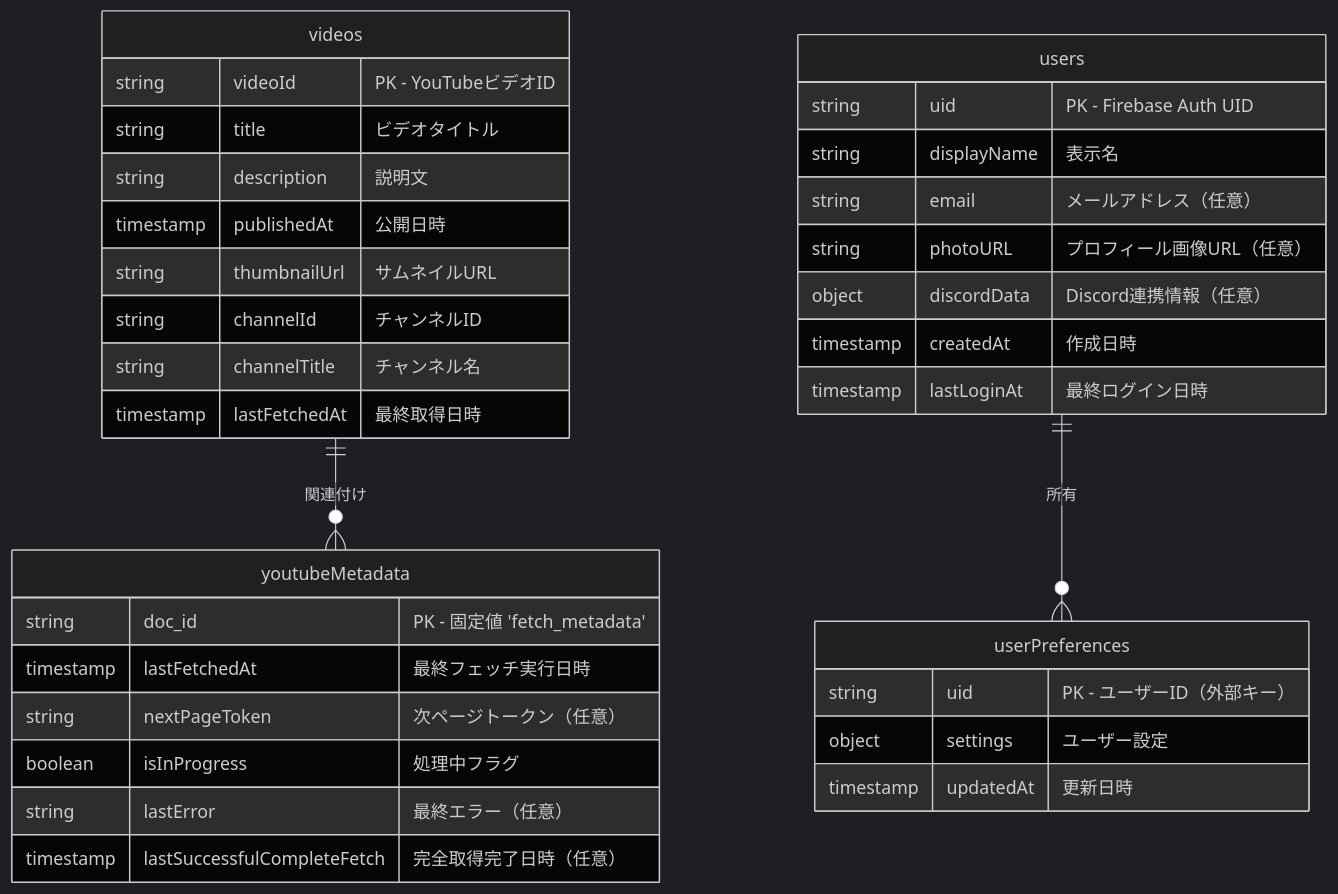
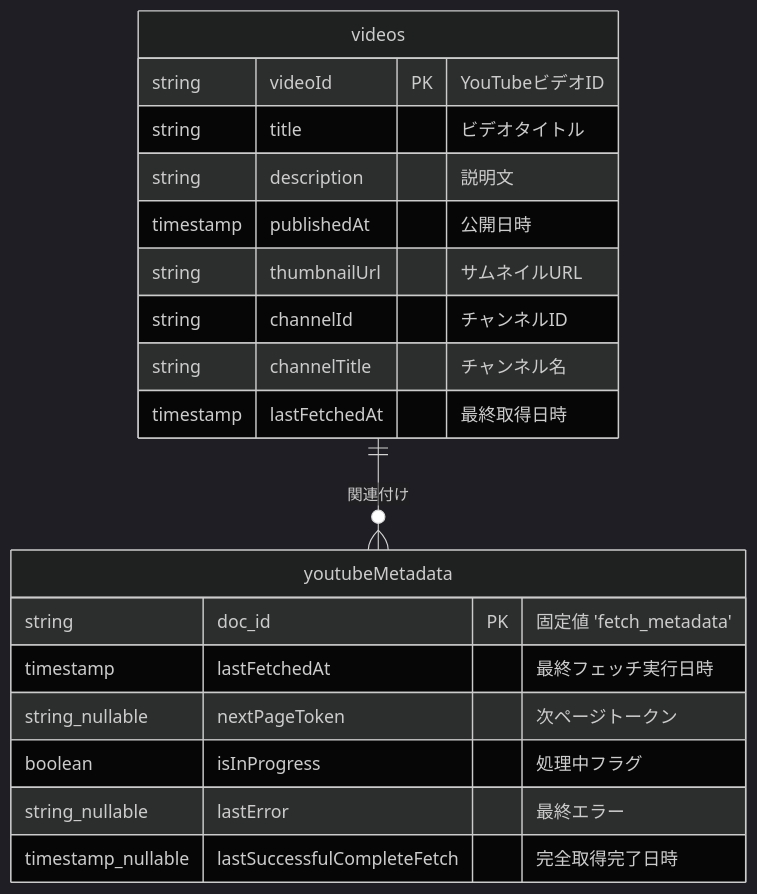
One commit to nothink-jp/suzumina.click changed the diagram in docs/SCHEMA.md. Above: the diagram before and after it, drawn with Mermaid (dark theme). The commit also changed other lines of this file and 5 other files, not shown here.

````diff
--- a/docs/SCHEMA.md
+++ b/docs/SCHEMA.md
@@ -19,41 +20,27 @@
 ```mermaid
 erDiagram
     videos ||--o{ youtubeMetadata : "関連付け"
-    users ||--o{ userPreferences : "所有"
-    
+
     videos {
-        string videoId "PK - YouTubeビデオID"
+        string videoId PK "YouTubeビデオID"
         string title "ビデオタイトル"
         string description "説明文"
         timestamp publishedAt "公開日時"
         string thumbnailUrl "サムネイルURL"
         string channelId "チャンネルID"
         string channelTitle "チャンネル名"
         timestamp lastFetchedAt "最終取得日時"
     }
-    
+
     youtubeMetadata {
-        string doc_id "PK - 固定値 'fetch_metadata'"
+        string doc_id PK "固定値 'fetch_metadata'"
         timestamp lastFetchedAt "最終フェッチ実行日時"
-        string nextPageToken "次ページトークン（任意）"
+        string_nullable nextPageToken "次ページトークン"
         boolean isInProgress "処理中フラグ"
-        string lastError "最終エラー（任意）"
-        timestamp lastSuccessfulCompleteFetch "完全取得完了日時（任意）"
+        string_nullable lastError "最終エラー"
+        timestamp_nullable lastSuccessfulCompleteFetch "完全取得完了日時"
     }
-    
-    users {
-        string uid "PK - Firebase Auth UID"
-        string displayName "表示名"
-        string email "メールアドレス（任意）"
-        string photoURL "プロフィール画像URL（任意）"
-        object discordData "Discord連携情報（任意）"
-        timestamp createdAt "作成日時"
-        timestamp lastLoginAt "最終ログイン日時"
-    }
-    
-    userPreferences {
-        string uid "PK - ユーザーID（外部キー）"
-        object settings "ユーザー設定"
-        timestamp updatedAt "更新日時"
-    }
+
+    %% users コレクションは Firestore では管理されていません
+    %% userPreferences コレクションは現在未使用です
 ```
````
